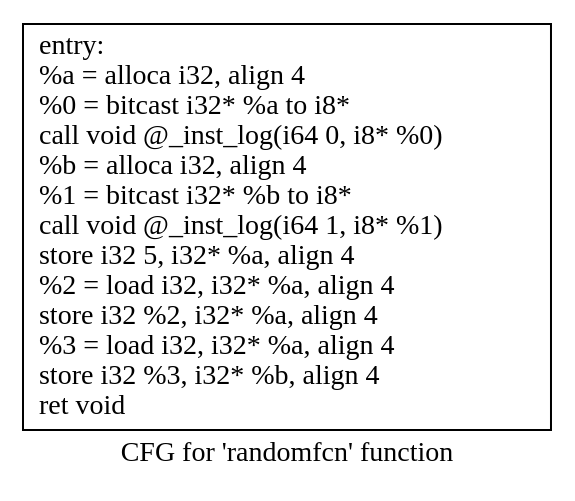
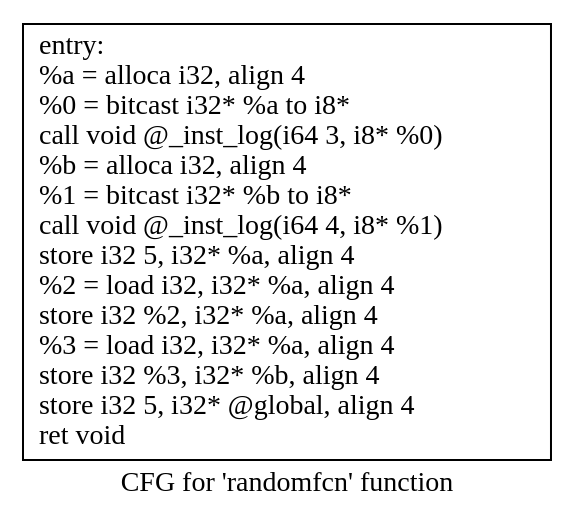
Before and after one commit to mattqemo/eecs583fp: the diagram in 583simple/.randomfcn.dot, drawn with Graphviz. The commit also changed 18 other files, not shown here.

```diff
--- a/583simple/.randomfcn.dot
+++ b/583simple/.randomfcn.dot
@@ -1,5 +1,5 @@
 digraph "CFG for 'randomfcn' function" {
 	label="CFG for 'randomfcn' function";
 
-	Node0x556f844ccb50 [shape=record,label="{entry:\l  %a = alloca i32, align 4\l  %0 = bitcast i32* %a to i8*\l  call void @_inst_log(i64 0, i8* %0)\l  %b = alloca i32, align 4\l  %1 = bitcast i32* %b to i8*\l  call void @_inst_log(i64 1, i8* %1)\l  store i32 5, i32* %a, align 4\l  %2 = load i32, i32* %a, align 4\l  store i32 %2, i32* %a, align 4\l  %3 = load i32, i32* %a, align 4\l  store i32 %3, i32* %b, align 4\l  ret void\l}"];
+	Node0x55bc25ed7c80 [shape=record,label="{entry:\l  %a = alloca i32, align 4\l  %0 = bitcast i32* %a to i8*\l  call void @_inst_log(i64 3, i8* %0)\l  %b = alloca i32, align 4\l  %1 = bitcast i32* %b to i8*\l  call void @_inst_log(i64 4, i8* %1)\l  store i32 5, i32* %a, align 4\l  %2 = load i32, i32* %a, align 4\l  store i32 %2, i32* %a, align 4\l  %3 = load i32, i32* %a, align 4\l  store i32 %3, i32* %b, align 4\l  store i32 5, i32* @global, align 4\l  ret void\l}"];
 }
```
